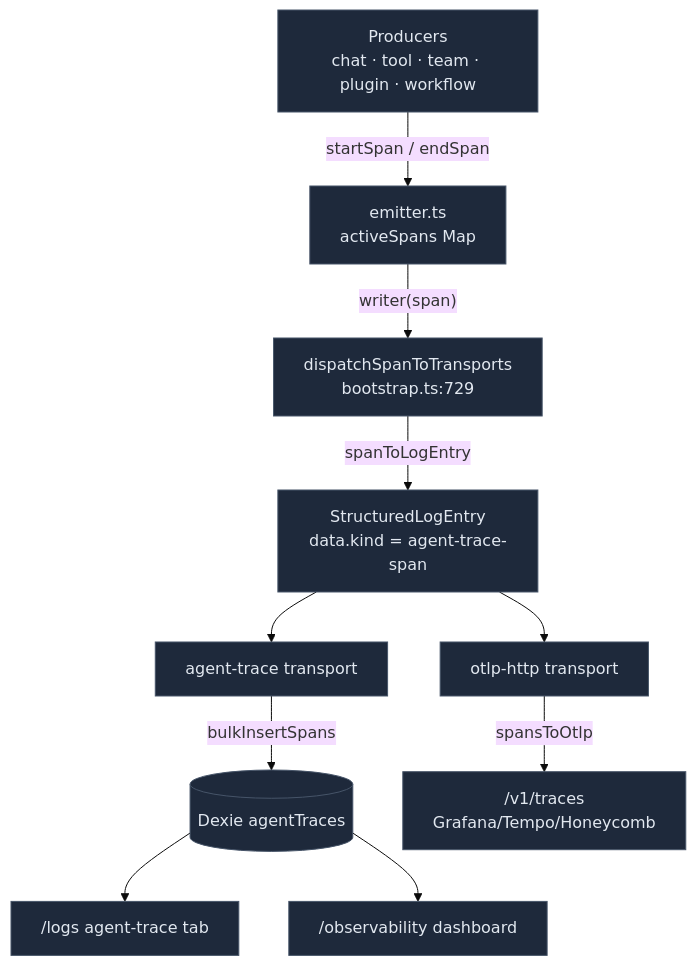
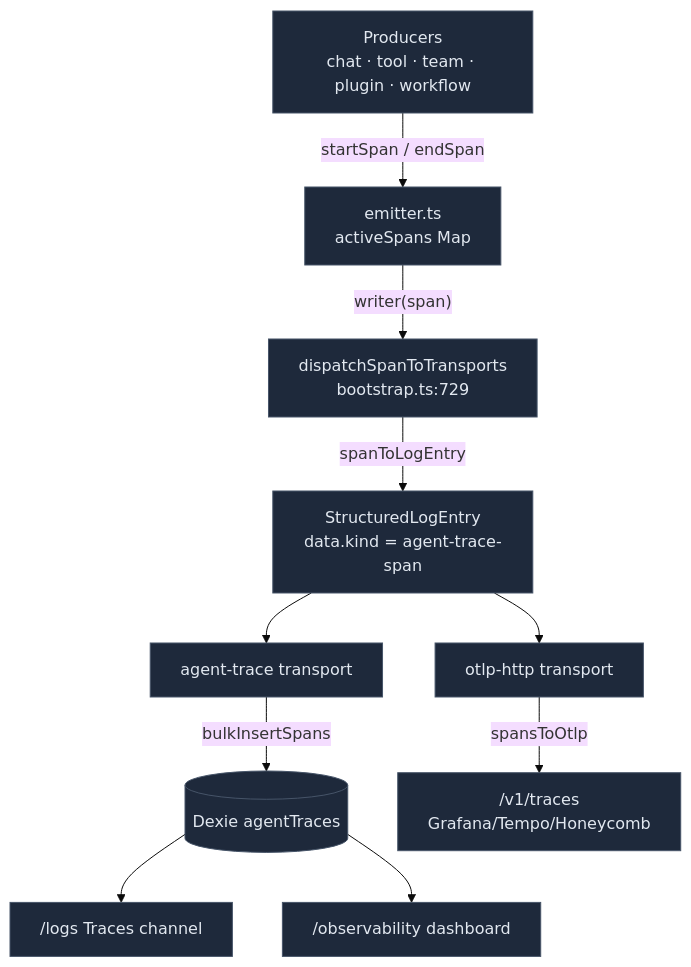
One commit to MaxQian888/cognia-next changed the diagram in docs/content/docs/en/subsystems/observability/agent-trace.mdx. Above: the diagram before and after it, drawn with Mermaid (base theme). The commit also changed other lines of this file and 22 other files, not shown here.

````diff
--- a/docs/content/docs/en/subsystems/observability/agent-trace.mdx
+++ b/docs/content/docs/en/subsystems/observability/agent-trace.mdx
@@ -94,16 +94,16 @@
 ```mermaid
 flowchart TB
   Prod["Producers<br/>chat · tool · team · plugin · workflow"]
   Prod -->|"startSpan / endSpan"| Em["emitter.ts<br/>activeSpans Map"]
   Em -->|"writer(span)"| Disp["dispatchSpanToTransports<br/>bootstrap.ts:729"]
   Disp -->|"spanToLogEntry"| Entry["StructuredLogEntry<br/>data.kind = agent-trace-span"]
   Entry --> AT["agent-trace transport"]
   Entry --> OTLP["otlp-http transport"]
   AT -->|"bulkInsertSpans"| Dexie[("Dexie agentTraces")]
   OTLP -->|"spansToOtlp"| Wire["/v1/traces<br/>Grafana/Tempo/Honeycomb"]
-  Dexie --> Panel["/logs agent-trace tab"]
+  Dexie --> Panel["/logs Traces channel"]
   Dexie --> Dash["/observability dashboard"]
 
   classDef box fill:#1e293b,stroke:#475569,color:#e2e8f0
   class Prod,Em,Disp,Entry,AT,OTLP,Dexie,Wire,Panel,Dash box
 ```
````
